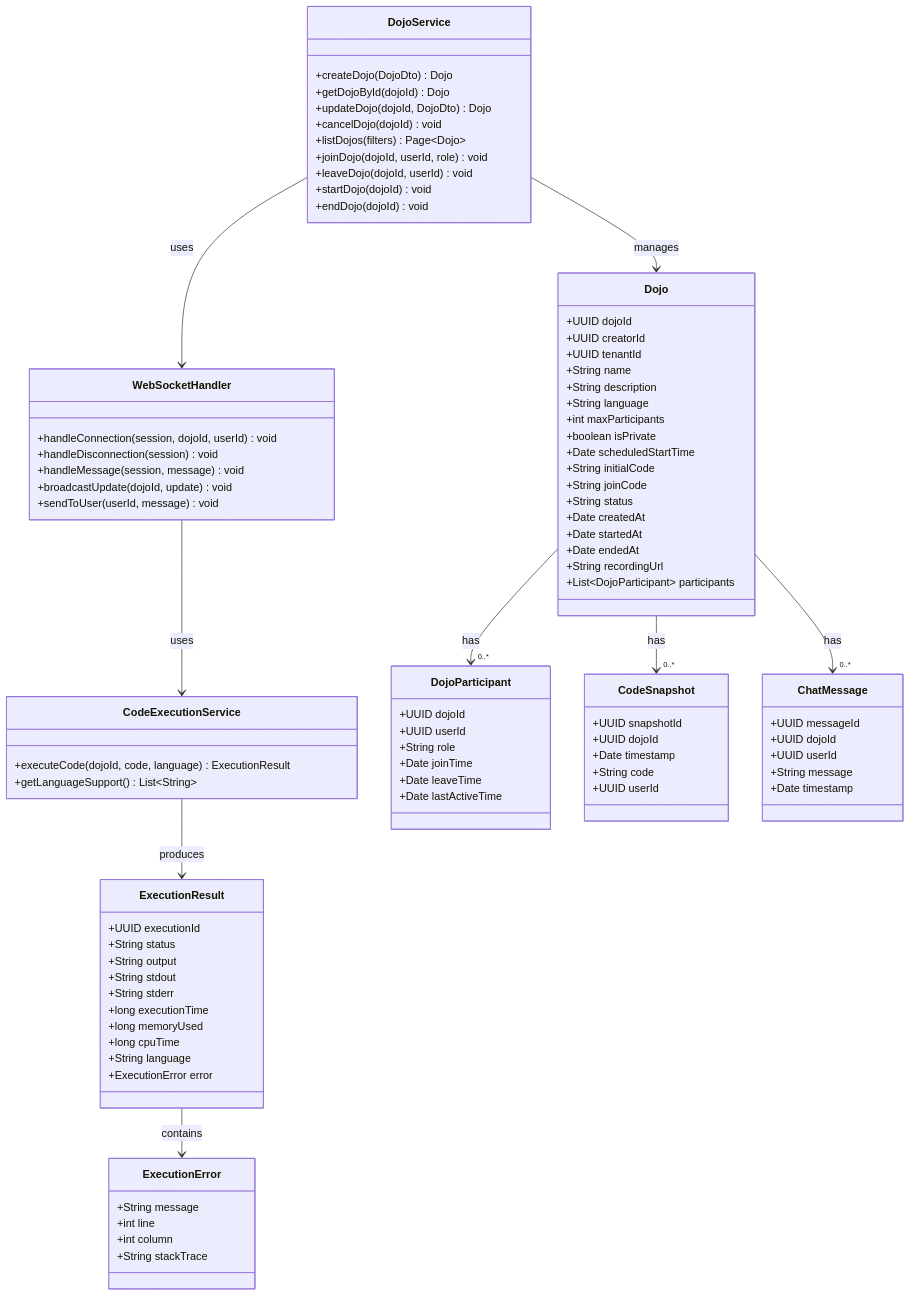
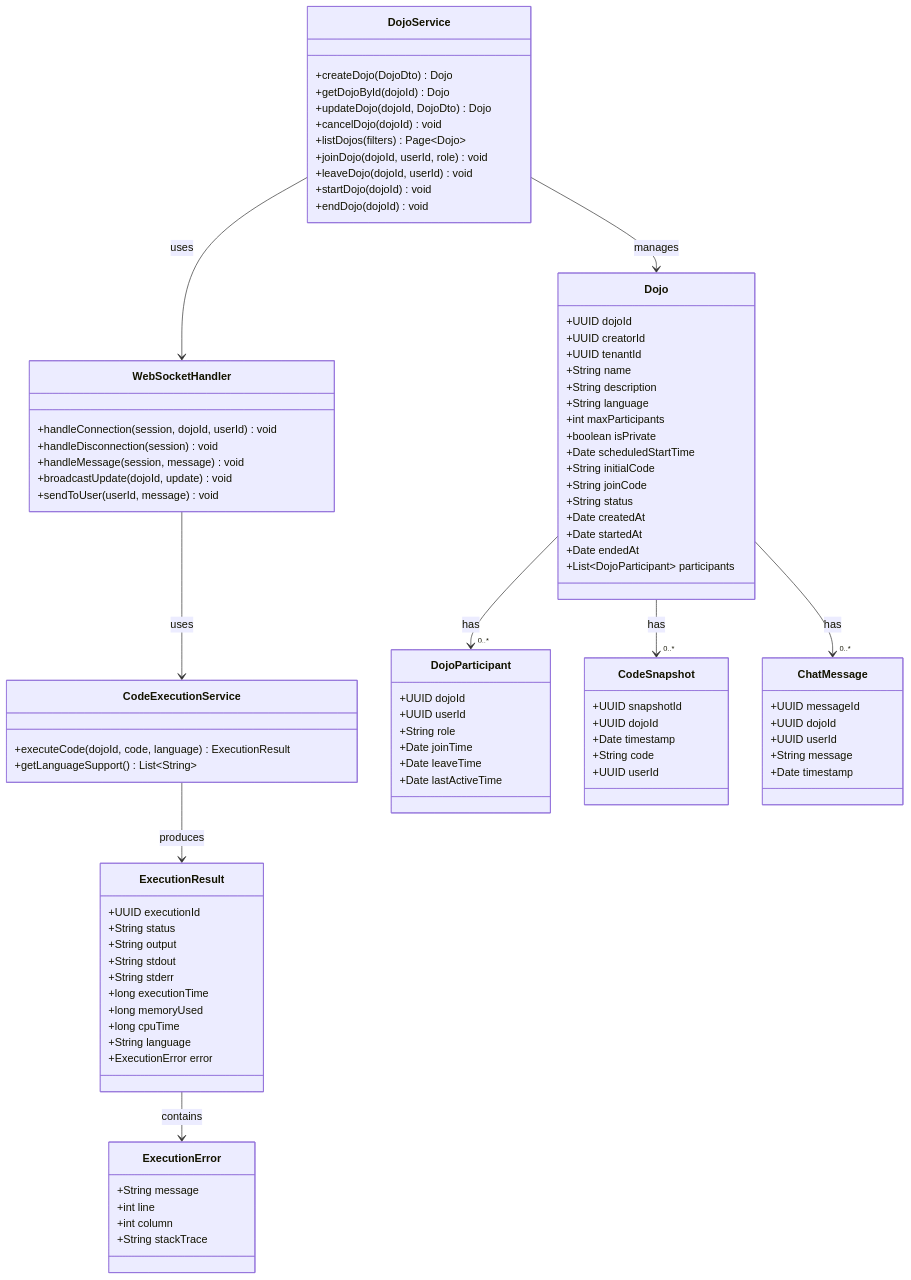
Before and after one commit to LucasKonrath/arch-kata-mr-bill: the fourth of 6 diagrams in arch-doc.md, drawn with Mermaid. The commit also changed other lines of this file, not shown here.

Commit message:
Remove recording URL from Dojo and related diagrams, remove lambda from tech stack

```diff
--- a/arch-doc.md
+++ b/arch-doc.md
@@ -437,7 +437,6 @@
         +Date createdAt
         +Date startedAt
         +Date endedAt
-        +String recordingUrl
         +List~DojoParticipant~ participants
     }
     
```
